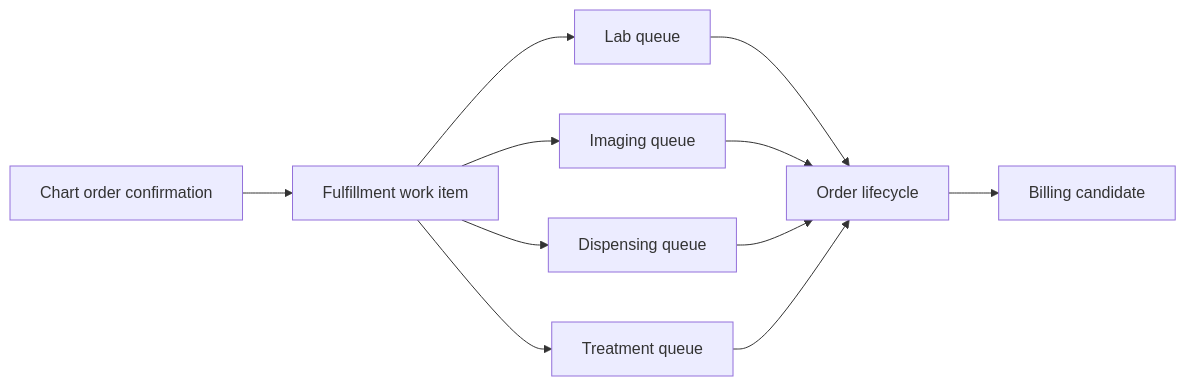
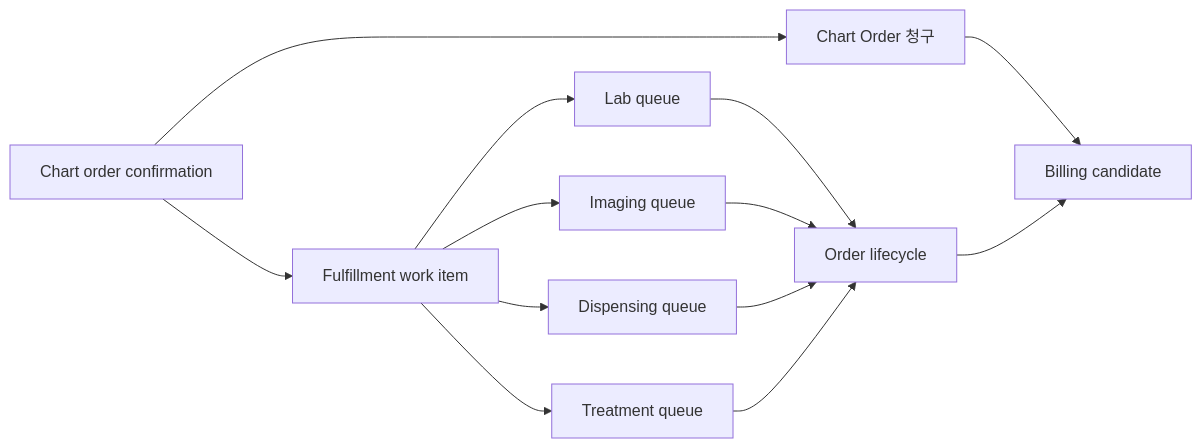
The diagram in docs/product/domain/order-fulfillment-handoff.md (mcso0/emr-app-shell-prototype), drawn with Mermaid before and after one commit. The commit also changed other lines of this file and 190 other files, not shown here.

````diff
--- a/docs/product/domain/order-fulfillment-handoff.md
+++ b/docs/product/domain/order-fulfillment-handoff.md
@@ -34,22 +38,25 @@
 ```mermaid
 flowchart LR
   Chart["Chart order confirmation"]
   Fulfillment["Fulfillment work item"]
+  BillAction["Chart Order 청구"]
   Lab["Lab queue"]
   Imaging["Imaging queue"]
   Dispensing["Dispensing queue"]
   Treatment["Treatment queue"]
   Lifecycle["Order lifecycle"]
   Billing["Billing candidate"]
 
   Chart --> Fulfillment
+  Chart --> BillAction
+  BillAction --> Billing
   Fulfillment --> Lab
   Fulfillment --> Imaging
   Fulfillment --> Dispensing
   Fulfillment --> Treatment
   Lab --> Lifecycle
   Imaging --> Lifecycle
   Dispensing --> Lifecycle
   Treatment --> Lifecycle
   Lifecycle --> Billing
 ```
````
